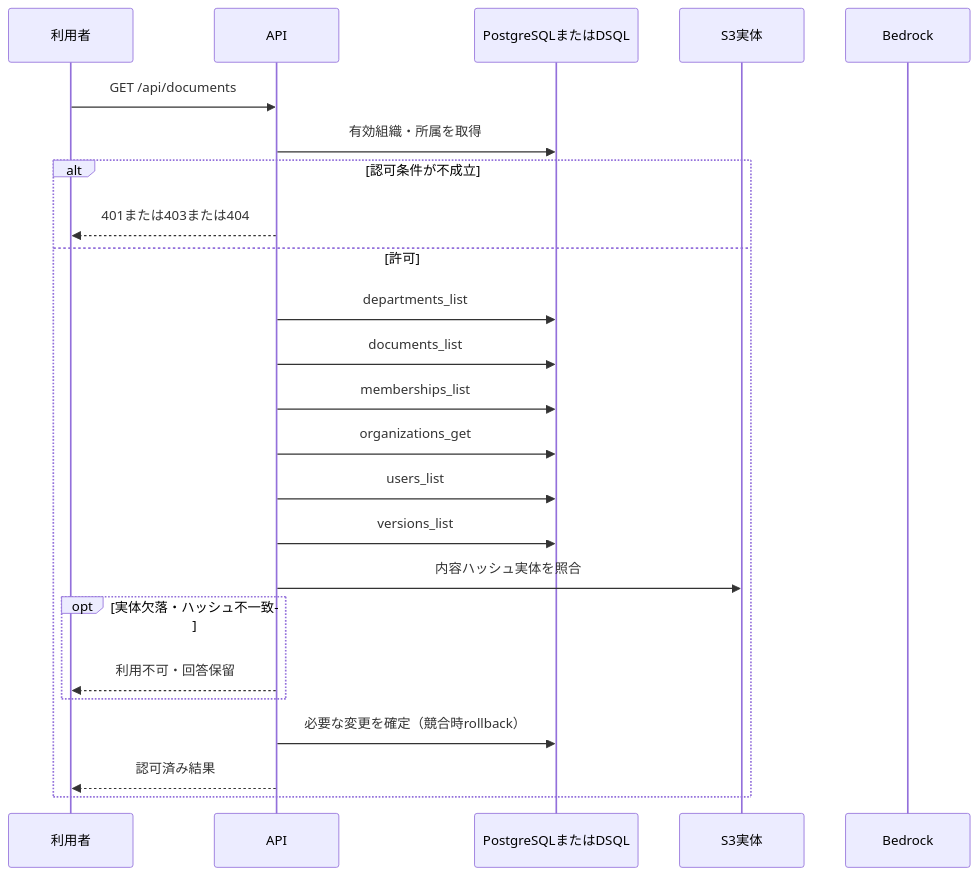
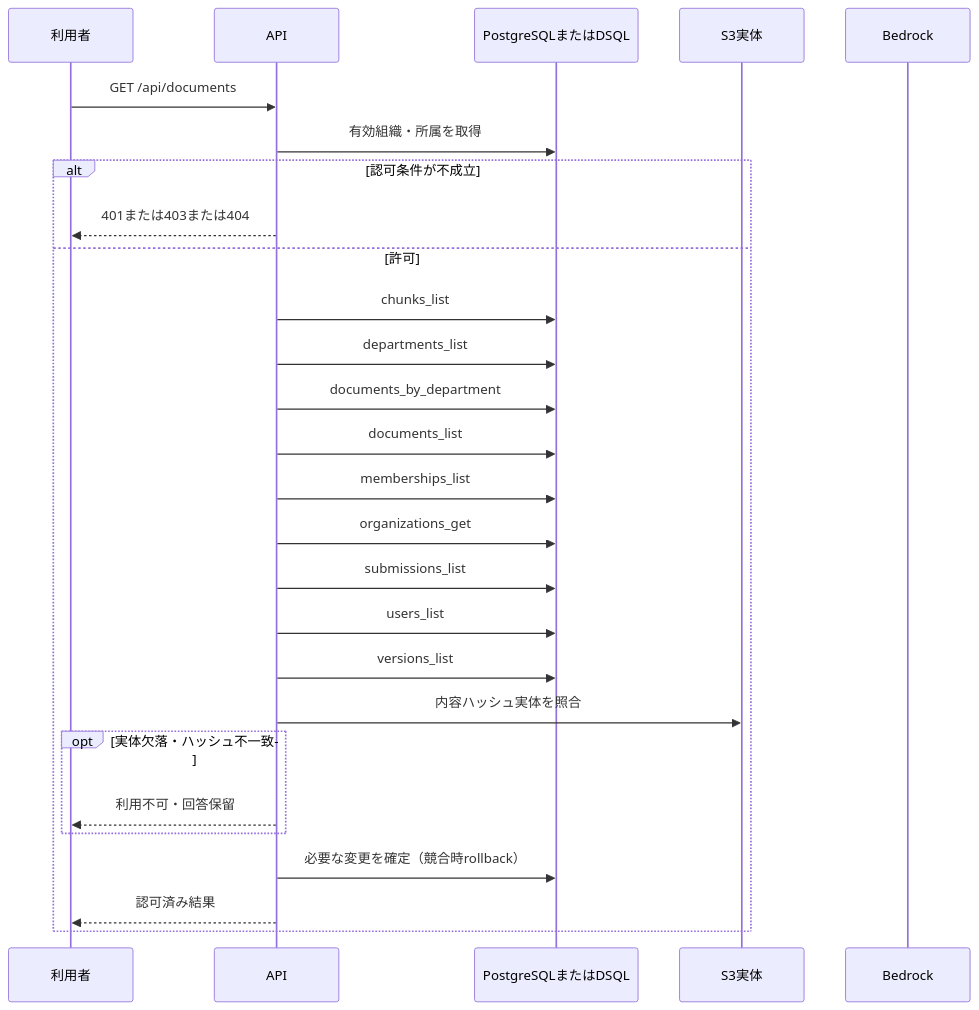
Before and after one commit to tsuji-tomonori/KotoRelay: the diagram in docs/design/generated/api/list_documents.sequence.md, drawn with Mermaid. The commit also changed other lines of this file and 214 other files, not shown here.

````diff
--- a/docs/design/generated/api/list_documents.sequence.md
+++ b/docs/design/generated/api/list_documents.sequence.md
@@ -5,26 +5,29 @@
 ```mermaid
 sequenceDiagram
     participant U as 利用者
     participant A as API
     participant D as PostgreSQLまたはDSQL
     participant S as S3実体
     participant M as Bedrock
     U->>A: GET /api/documents
     A->>D: 有効組織・所属を取得
     alt 認可条件が不成立
         A-->>U: 401または403または404
     else 許可
+        A->>D: chunks_list
         A->>D: departments_list
+        A->>D: documents_by_department
         A->>D: documents_list
         A->>D: memberships_list
         A->>D: organizations_get
+        A->>D: submissions_list
         A->>D: users_list
         A->>D: versions_list
         A->>S: 内容ハッシュ実体を照合
         opt 実体欠落・ハッシュ不一致
             A-->>U: 利用不可・回答保留
         end
         A->>D: 必要な変更を確定（競合時rollback）
         A-->>U: 認可済み結果
     end
 ```
````
